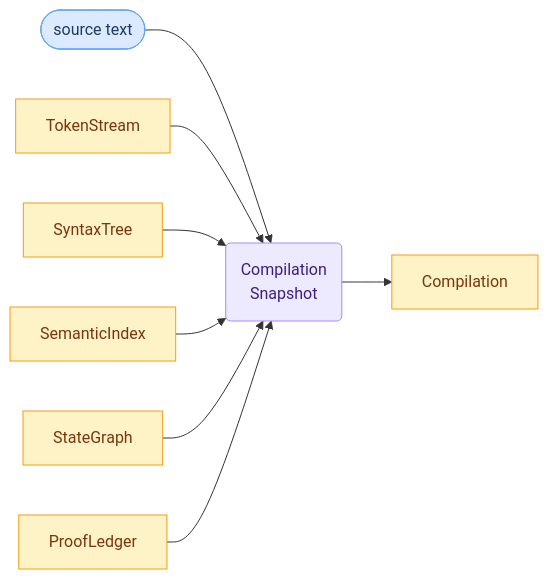
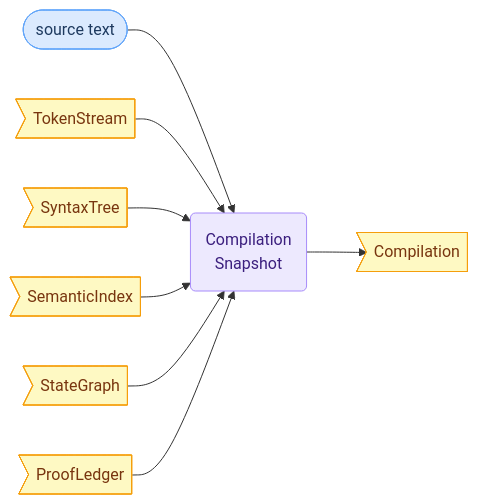
Before and after one commit to sfalik/Precept: the seventh of 9 diagrams in docs/compiler-and-runtime-design.md, drawn with Mermaid. The commit also changed other lines of this file and 1 other file, not shown here.

First line of the commit message:
docs: refine pipeline diagram and narrative in compiler-and-runtime-design.md

````diff
--- a/docs/compiler-and-runtime-design.md
+++ b/docs/compiler-and-runtime-design.md
@@ -644,23 +759,23 @@
 ```mermaid
 flowchart LR
-    classDef input fill:#dbeafe,stroke:#60a5fa,color:#1e3a5f
-    classDef stage fill:#ede9fe,stroke:#a78bfa,color:#3b1f7e
-    classDef artifact fill:#fef3c7,stroke:#f59e0b,color:#78350f
+    classDef input   fill:#dbeafe,stroke:#60a5fa,color:#1e3a5f
+    classDef stage   fill:#ede9fe,stroke:#a78bfa,color:#3b1f7e
+    classDef out     fill:#fef9c3,stroke:#f59e0b,color:#78350f
 
     SRC([source text]):::input
-    TS[TokenStream]:::artifact
-    ST[SyntaxTree]:::artifact
-    TM[SemanticIndex]:::artifact
-    GR[StateGraph]:::artifact
-    PM[ProofLedger]:::artifact
+    TS>"TokenStream"]:::out
+    ST>"SyntaxTree"]:::out
+    TM>"SemanticIndex"]:::out
+    GR>"StateGraph"]:::out
+    PM>"ProofLedger"]:::out
     SNAP("Compilation<br/>Snapshot"):::stage
-    OUT[Compilation]:::artifact
+    OUT>"Compilation"]:::out
 
     SRC --> SNAP
     TS --> SNAP
     ST --> SNAP
     TM --> SNAP
     GR --> SNAP
     PM --> SNAP
     SNAP --> OUT
 ```
````
